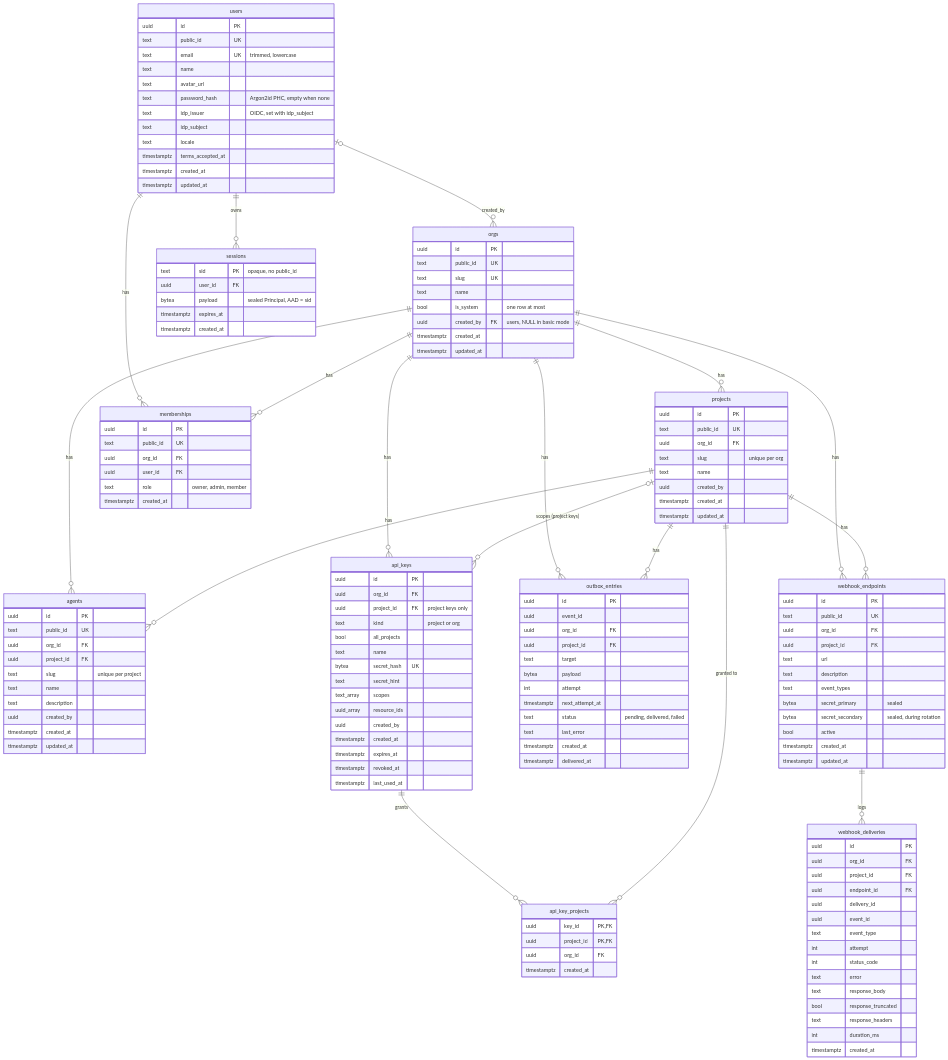
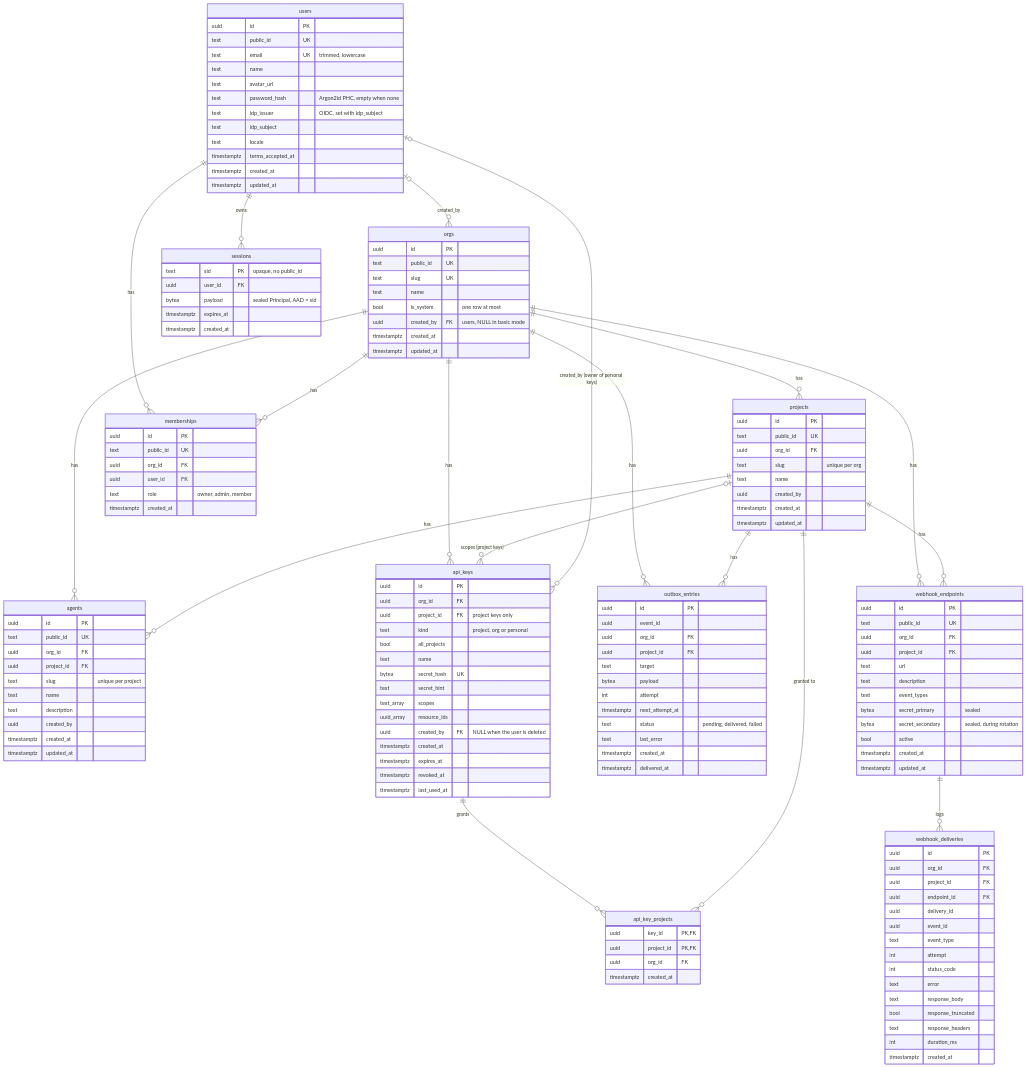
One commit to altalune-id/oagent changed the diagram in schema/README.md. Above: the diagram before and after it, drawn with Mermaid. The commit also changed other lines of this file and 25 other files, not shown here.

Commit message:
feat(apikey): personal keys with owner and intersection

```diff
--- a/schema/README.md
+++ b/schema/README.md
@@ -22,6 +22,7 @@
     users ||--o{ memberships : has
     orgs ||--o{ memberships : has
     users |o--o{ orgs : "created_by"
+    users |o--o{ api_keys : "created_by (owner of personal keys)"
     users ||--o{ sessions : owns
 
     orgs {
@@ -60,14 +61,14 @@
         uuid id PK
         uuid org_id FK
         uuid project_id FK "project keys only"
-        text kind "project or org"
+        text kind "project, org or personal"
         bool all_projects
         text name
         bytea secret_hash UK
         text secret_hint
         text_array scopes
         uuid_array resource_ids
-        uuid created_by
+        uuid created_by FK "NULL when the user is deleted"
         timestamptz created_at
         timestamptz expires_at
         timestamptz revoked_at
```
